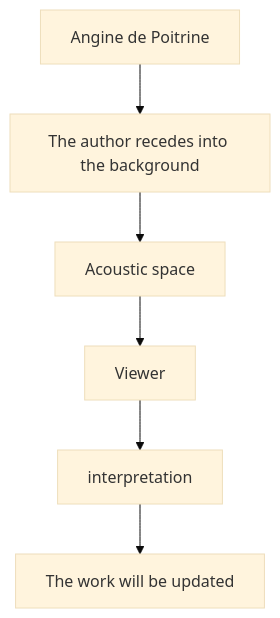
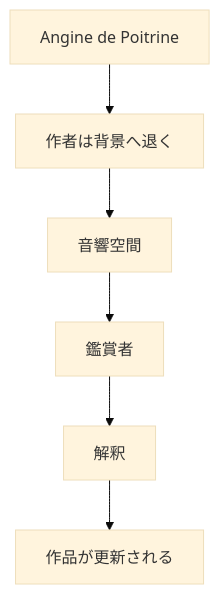
The fourth of 9 diagrams in en/_posts/2026-07-07-column-angine-de-poitrine-caroliner-rubber-o-cement.md (monumental-movement/monumental-movement.github.io), drawn with Mermaid (base theme) before and after one commit. The commit also changed other lines of this file and 2196 other files, not shown here.

```diff
--- a/en/_posts/2026-07-07-column-angine-de-poitrine-caroliner-rubber-o-cement.md
+++ b/en/_posts/2026-07-07-column-angine-de-poitrine-caroliner-rubber-o-cement.md
@@ -503,17 +502,17 @@
 <div class="mermaid">
 flowchart TD
 
 A["Angine de Poitrine"]
-B["The author recedes into the background"]
-C["Acoustic space"]
-D["Viewer"]
-E["interpretation"]
-F["The work will be updated"]
+B["作者は背景へ退く"]
+C["音響空間"]
+D["鑑賞者"]
+E["解釈"]
+F["作品が更新される"]
 
 A --> B
 B --> C
 C --> D
 D --> E
 E --> F
 
 </div>
```
